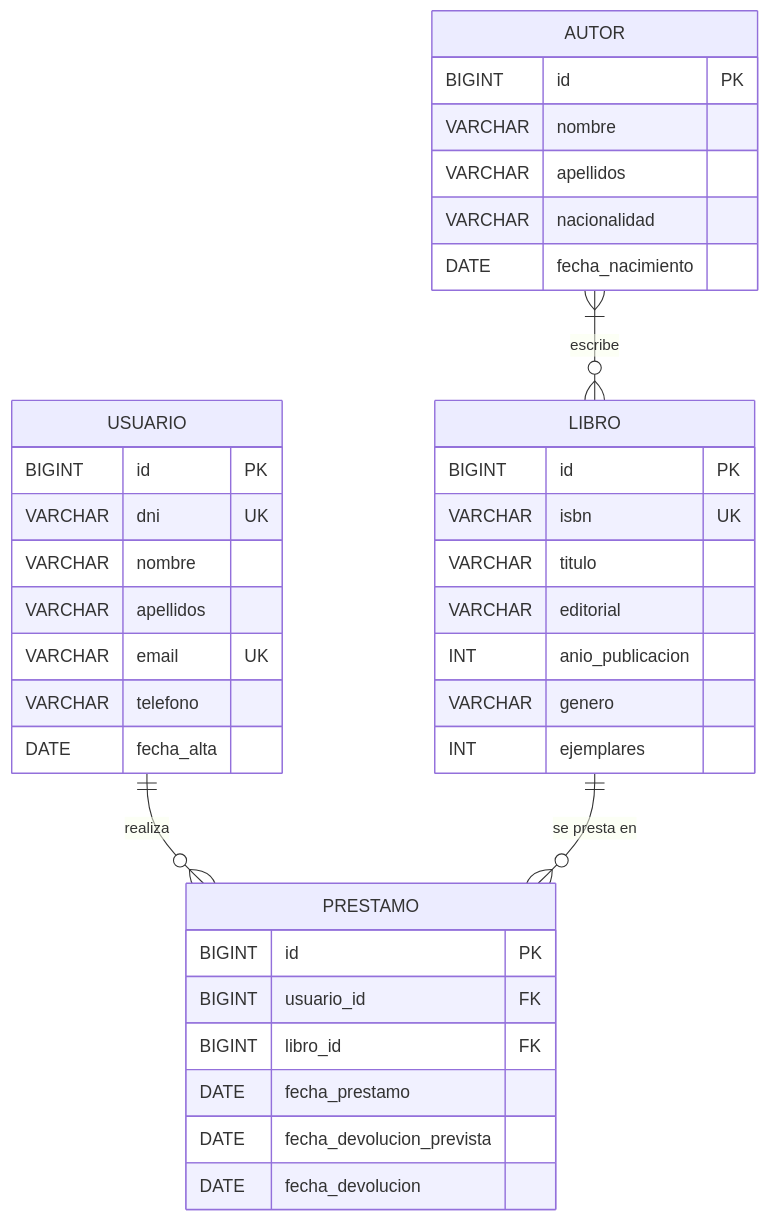
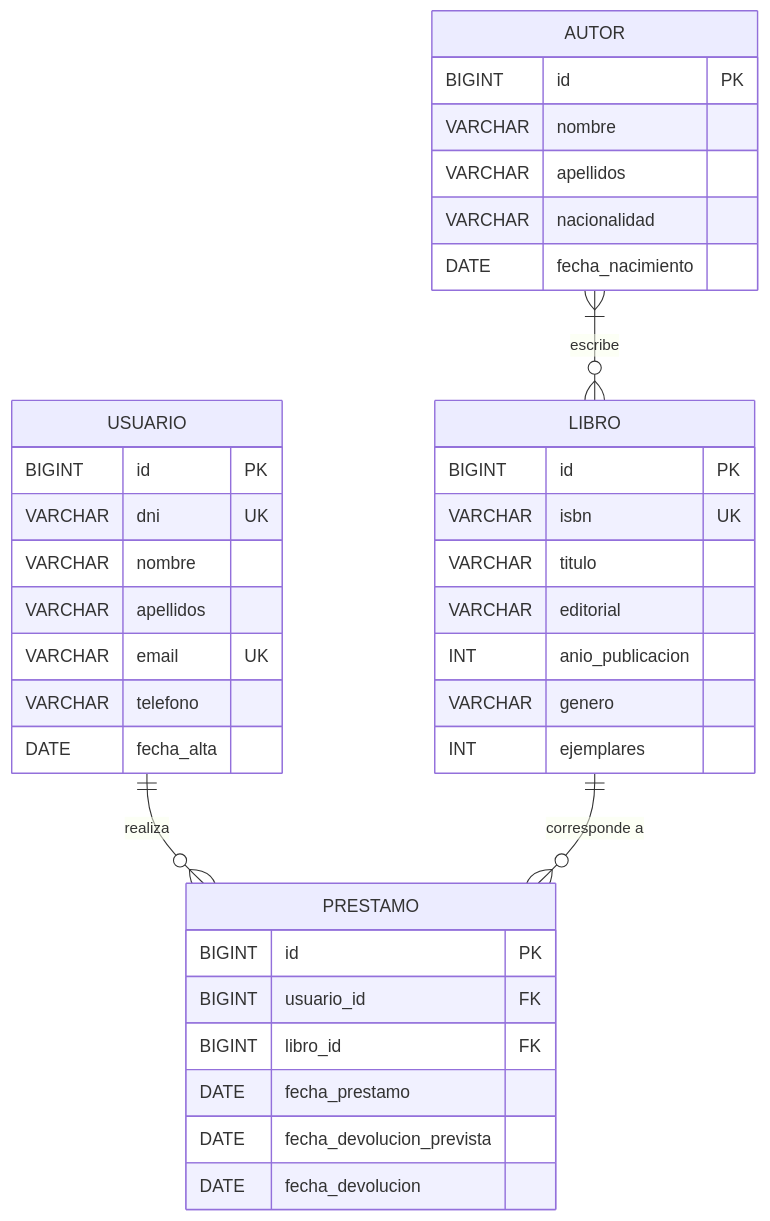
The diagram in docs/modelo-datos.md (EricKColl/FP.449-Producto2), drawn with Mermaid before and after one commit. The commit also changed other lines of this file and 1 other file, not shown here.

First line of the commit message:
Actualiza la documentación con los diagramas de Jacobo

````diff
--- a/docs/modelo-datos.md
+++ b/docs/modelo-datos.md
@@ -8,40 +9,40 @@
 ```mermaid
 erDiagram
     AUTOR }|--o{ LIBRO : escribe
     USUARIO ||--o{ PRESTAMO : realiza
-    LIBRO ||--o{ PRESTAMO : "se presta en"
+    LIBRO ||--o{ PRESTAMO : "corresponde a"
 
     AUTOR {
         BIGINT id PK
         VARCHAR nombre
         VARCHAR apellidos
         VARCHAR nacionalidad
         DATE fecha_nacimiento
     }
     LIBRO {
         BIGINT id PK
         VARCHAR isbn UK
         VARCHAR titulo
         VARCHAR editorial
         INT anio_publicacion
         VARCHAR genero
         INT ejemplares
     }
     USUARIO {
         BIGINT id PK
         VARCHAR dni UK
         VARCHAR nombre
         VARCHAR apellidos
         VARCHAR email UK
         VARCHAR telefono
         DATE fecha_alta
     }
     PRESTAMO {
         BIGINT id PK
         BIGINT usuario_id FK
         BIGINT libro_id FK
         DATE fecha_prestamo
         DATE fecha_devolucion_prevista
         DATE fecha_devolucion
     }
 ```
````
